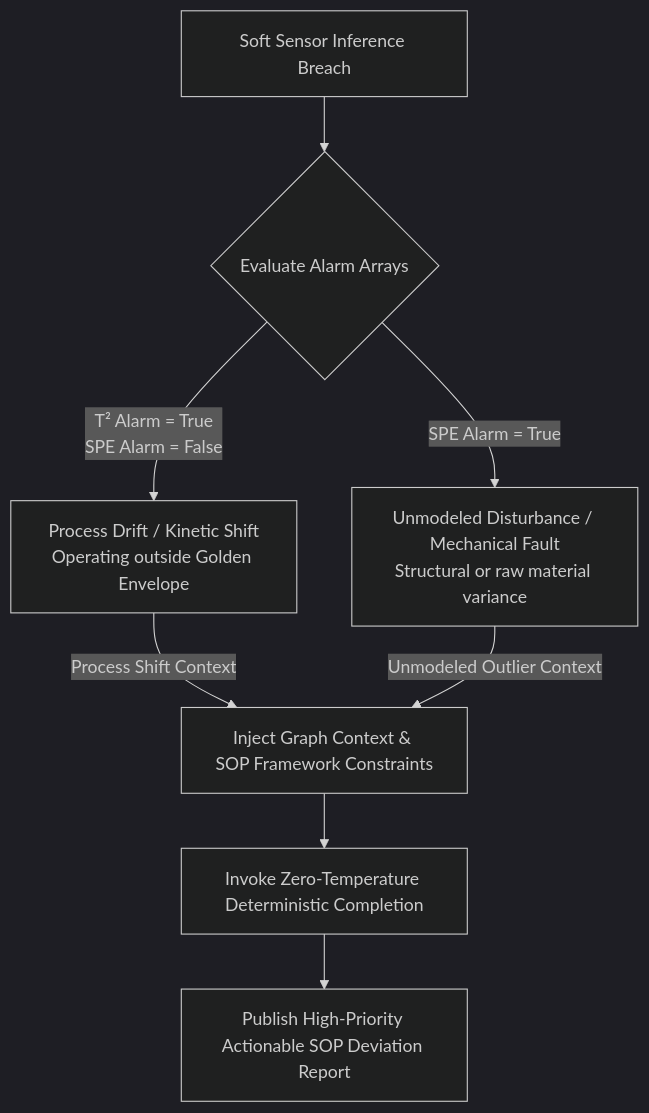
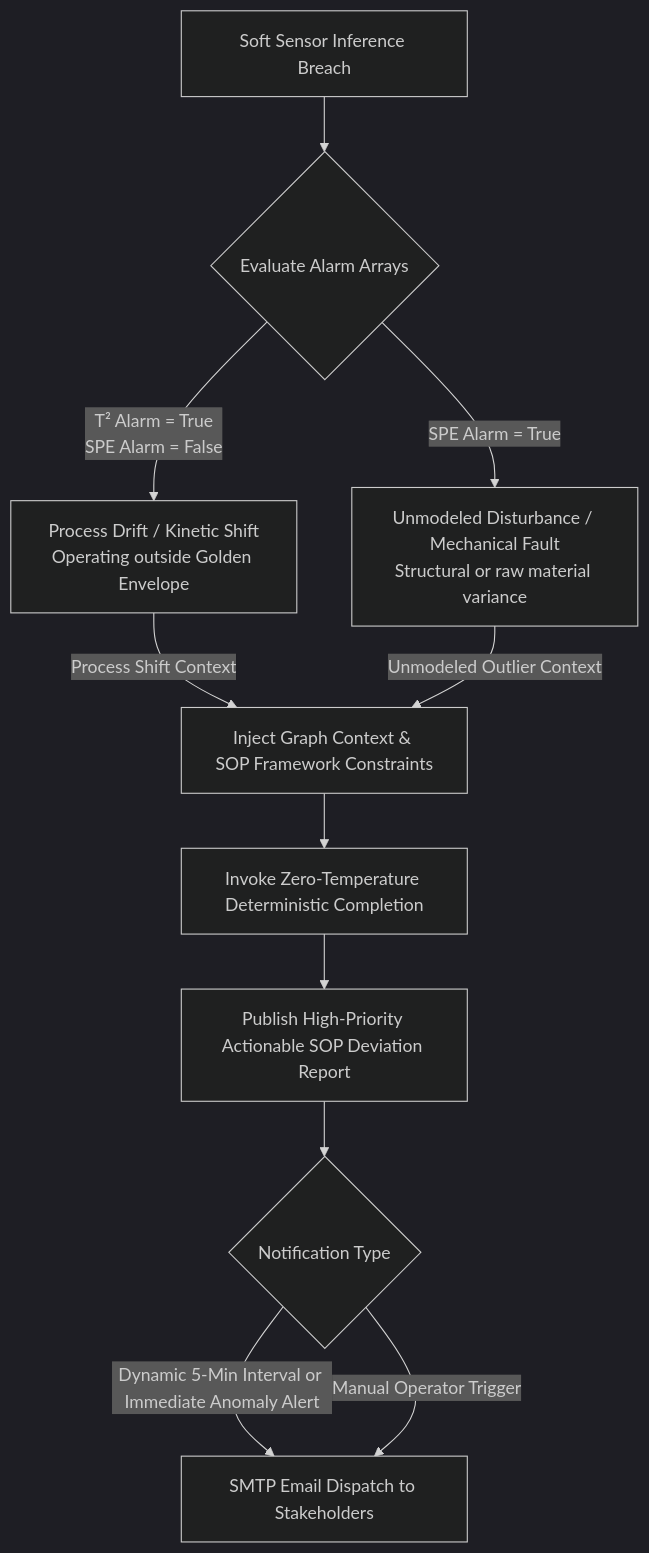
The second of 2 diagrams in README.md (SRINIVASTA/bio-twin-mitt-core), drawn with Mermaid (dark theme) before and after one commit. The commit also changed other lines of this file, not shown here.

````diff
--- a/README.md
+++ b/README.md
@@ -53,13 +54,16 @@
 ```mermaid
 graph TD
     Start[Soft Sensor Inference Breach] --> Anomaly_Evaluation{Evaluate Alarm Arrays}
     
     Anomaly_Evaluation -->|T² Alarm = True <br> SPE Alarm = False| Shift[Process Drift / Kinetic Shift<br>Operating outside Golden Envelope]
     Anomaly_Evaluation -->|SPE Alarm = True| Outlier[Unmodeled Disturbance / Mechanical Fault<br>Structural or raw material variance]
     
     Shift -->|Process Shift Context| System_Prompt[Inject Graph Context & SOP Framework Constraints]
     Outlier -->|Unmodeled Outlier Context| System_Prompt
     
     System_Prompt --> Groq_Inference[Invoke Zero-Temperature Deterministic Completion]
     Groq_Inference --> Markdown_Report[Publish High-Priority Actionable SOP Deviation Report]
+    Markdown_Report --> Notification_Gateway{Notification Type}
+    Notification_Gateway -->|Dynamic 5-Min Interval or Immediate Anomaly Alert| Email[SMTP Email Dispatch to Stakeholders]
+    Notification_Gateway -->|Manual Operator Trigger| Email
 ```
````
